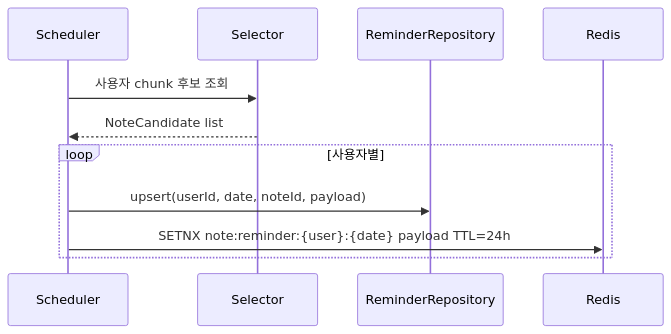
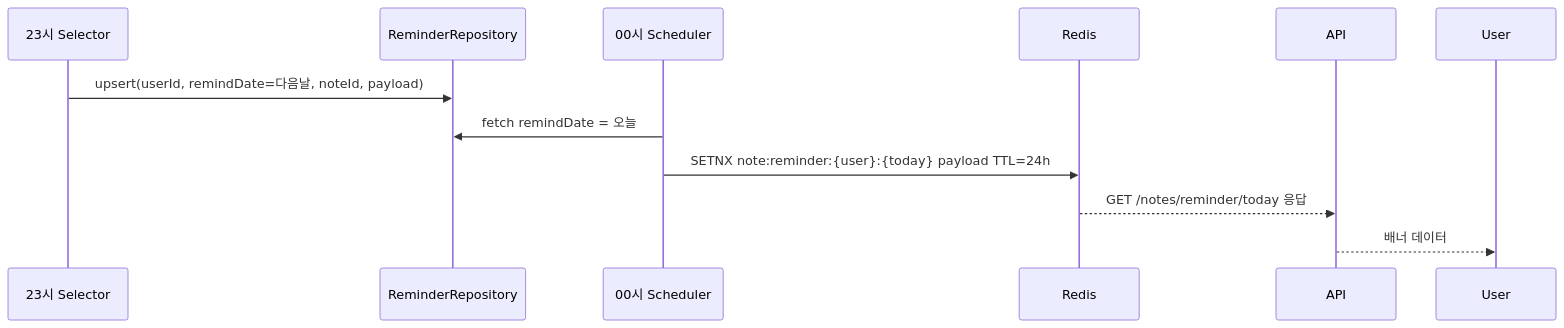
The second of 6 diagrams in SYKim_Doc/note_reminder_architecture.md (Team-Okebari/Server-Backend), drawn with Mermaid before and after one commit. The commit also changed other lines of this file and 1 other file, not shown here.

````diff
--- a/SYKim_Doc/note_reminder_architecture.md
+++ b/SYKim_Doc/note_reminder_architecture.md
@@ -119,14 +372,13 @@
 ```mermaid
 sequenceDiagram
-    participant Scheduler
-    participant Selector
+    participant Snapshot as 23시 Selector
     participant Repo as ReminderRepository
+    participant Scheduler as 00시 Scheduler
     participant Redis
 
-    Scheduler->>Selector: 사용자 chunk 후보 조회
-    Selector-->>Scheduler: NoteCandidate list
-    loop 사용자별
-        Scheduler->>Repo: upsert(userId, date, noteId, payload)
-        Scheduler->>Redis: SETNX note:reminder:{user}:{date} payload TTL=24h
-    end
+    Snapshot->>Repo: upsert(userId, remindDate=다음날, noteId, payload)
+    Scheduler->>Repo: fetch remindDate = 오늘
+    Scheduler->>Redis: SETNX note:reminder:{user}:{today} payload TTL=24h
+    Redis-->>API: GET /notes/reminder/today 응답
+    API-->>User: 배너 데이터
 ```
````
